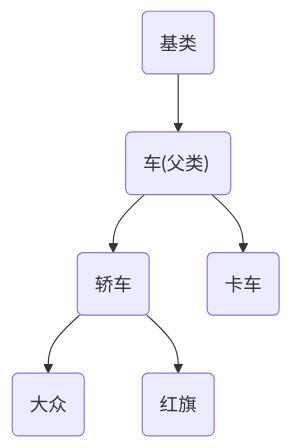
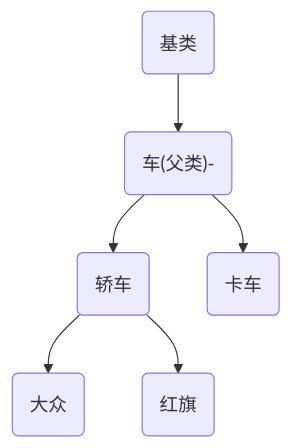
The diagram in chapter6/readme.md (zhushiyu1216/Objective-C), drawn with Mermaid before and after one commit.

````diff
--- a/chapter6/readme.md
+++ b/chapter6/readme.md
@@ -12,8 +12,8 @@
 ``` mermaid
     graph TB
-    A(基类) -->B("车(父类)&nbsp;")
+    A(基类) -->B("车(父类)-")
     B --> C(轿车)
     B --> D(卡车)
     C --> E(大众)
     C --> F(红旗)
 ```
````
